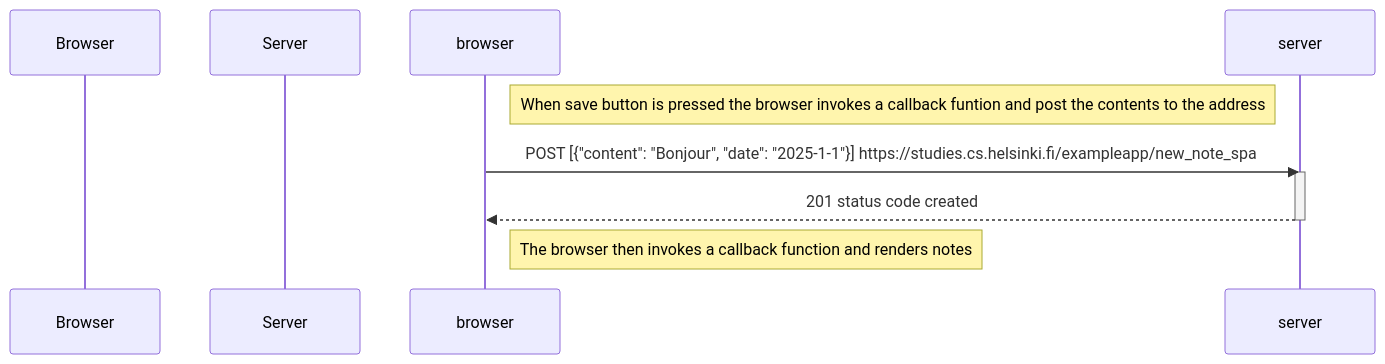
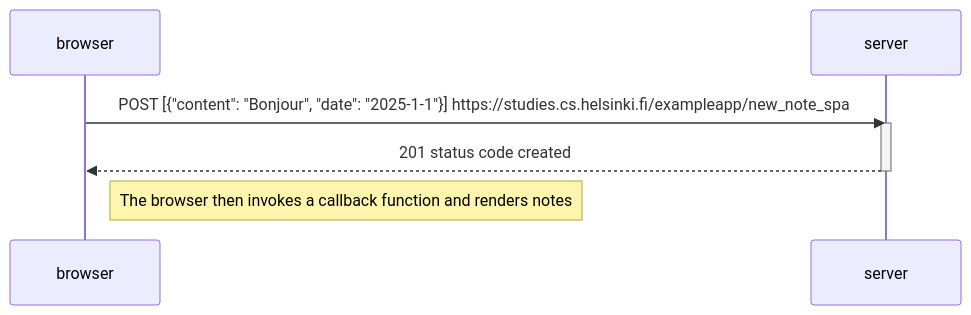
The diagram in part0/NewNote.md (Ahyan-Shaikh/fullstackopen), drawn with Mermaid before and after one commit.

Commit message:
Fixed the typo

````diff
--- a/part0/NewNote.md
+++ b/part0/NewNote.md
@@ -1,17 +1,15 @@
 ```mermaid
 
 sequenceDiagram
 
-    participant Browser
-    participant Server
-    
-    Note right of browser: When save button is pressed the browser invokes a callback funtion and post the contents to the address
+    participant browser
+    participant server
 
     browser->>server: POST [{"content": "Bonjour", "date": "2025-1-1"}] https://studies.cs.helsinki.fi/exampleapp/new_note_spa
     activate server
     server-->>browser: 201 status code created
     deactivate server
 
     Note right of browser: The browser then invokes a callback function and renders notes
 
 ```
````
